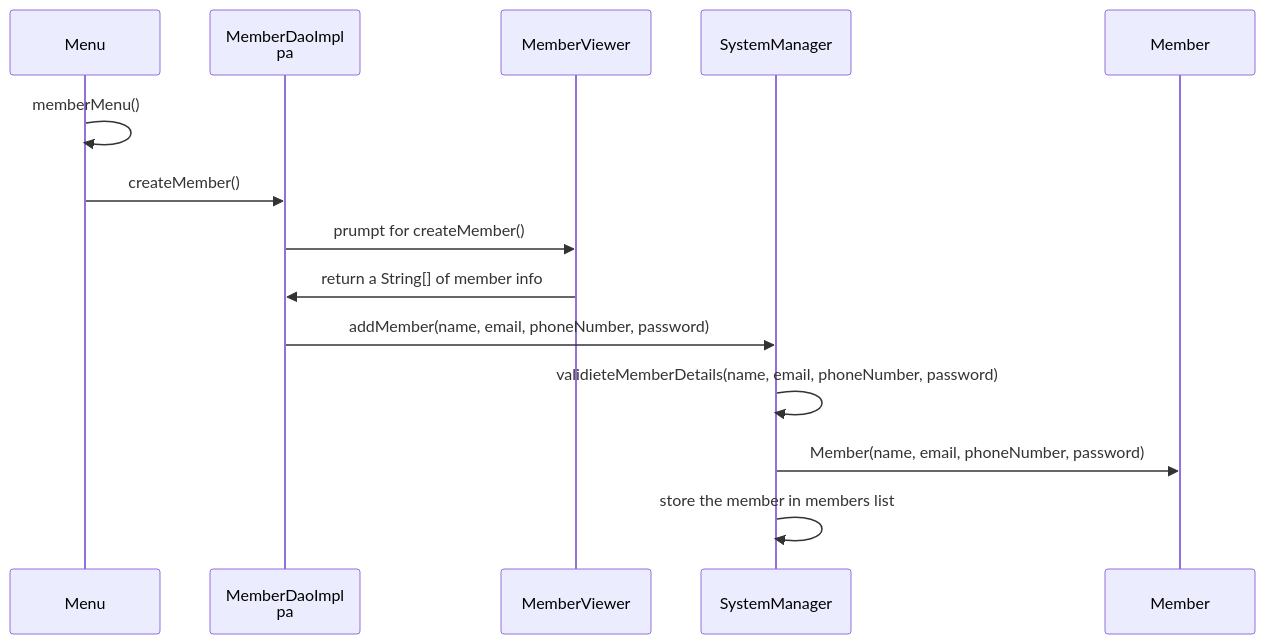
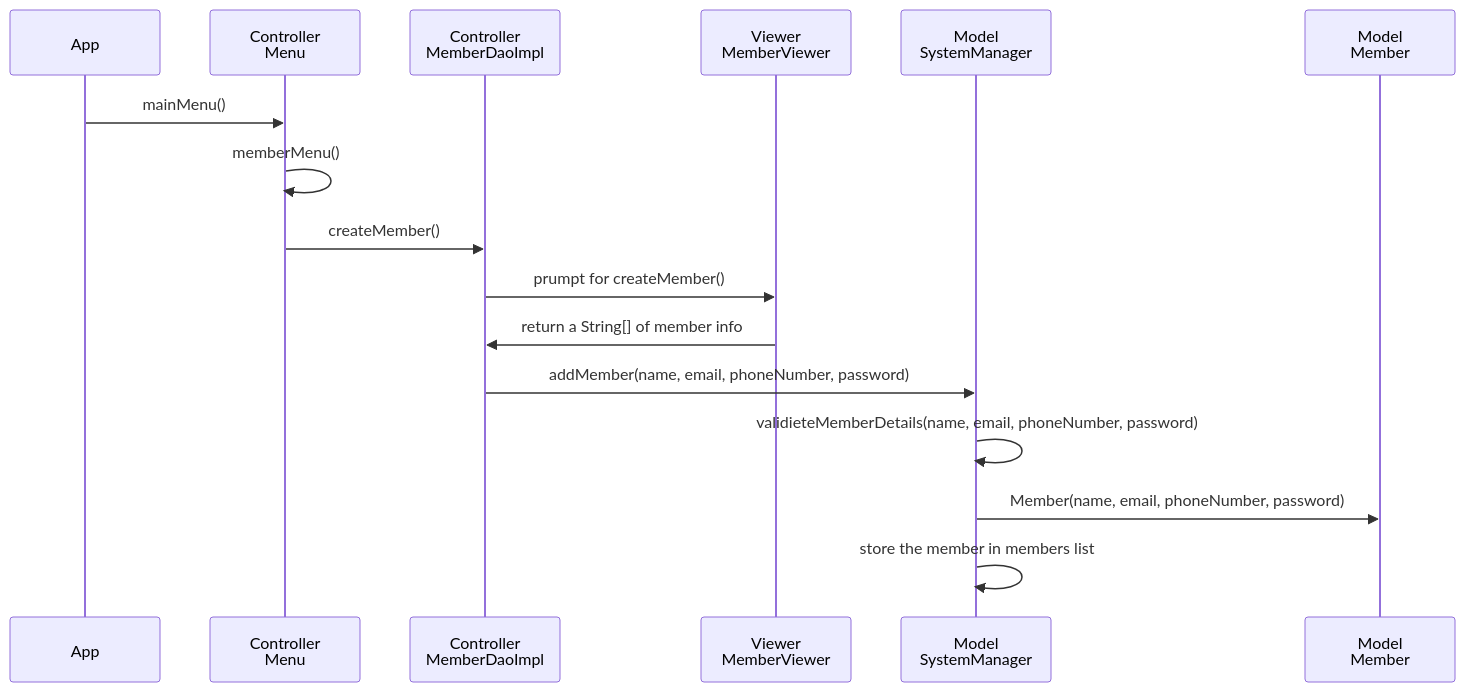
One commit to ashkar99/Stuff-Lending-System changed the fifth of 5 diagrams in design.md. Above: the diagram before and after it, drawn with Mermaid.

Commit message:
Update file design.md

`````diff
--- a/design.md
+++ b/design.md
@@ -413,19 +413,21 @@
 ```mermaid
 sequenceDiagram
-    participant Menu as Menu
-    participant MC as MemberDaoImpl <br/> pa
-    participant MV as MemberViewer
-    participant SM as SystemManager
-    participant M as Member
+    participant App as App 
+    participant Menu as Controller <br/> Menu
+    participant MC as Controller <br/> MemberDaoImpl 
+    participant MV as Viewer <br/> MemberViewer
+    participant SM as  Model <br/> SystemManager
+    participant M as Model <br/> Member
     
     %% Scenario: Add a new third member with user input and database interaction
+    App->> Menu: mainMenu()
     Menu->>Menu: memberMenu()
     Menu->>MC: createMember()
     MC->>MV: prumpt for createMember()
     MV->>MC: return a String[] of member info
     MC->>SM: addMember(name, email, phoneNumber, password) 
     SM->>SM: validieteMemberDetails(name, email, phoneNumber, password) 
     SM->>M: Member(name, email, phoneNumber, password)
     SM->>SM: store the member in members list
 
 ````
`````
